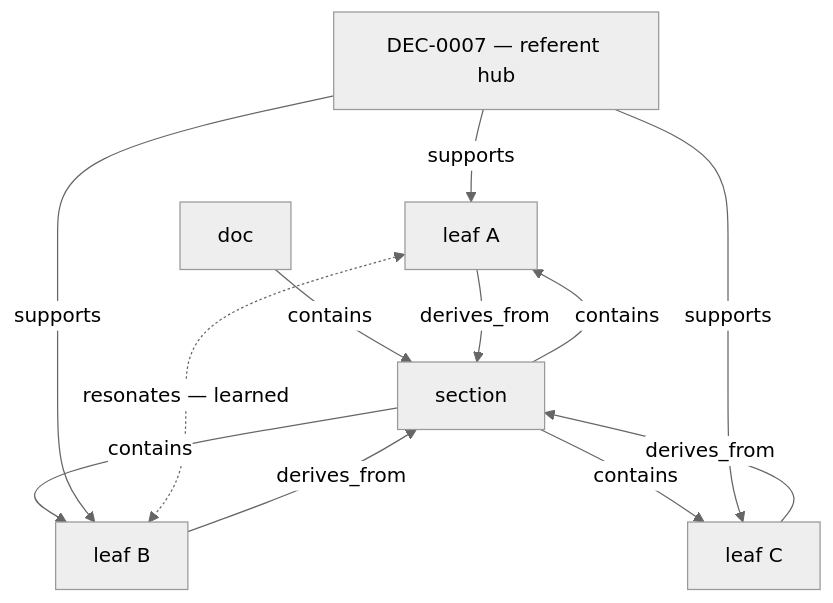
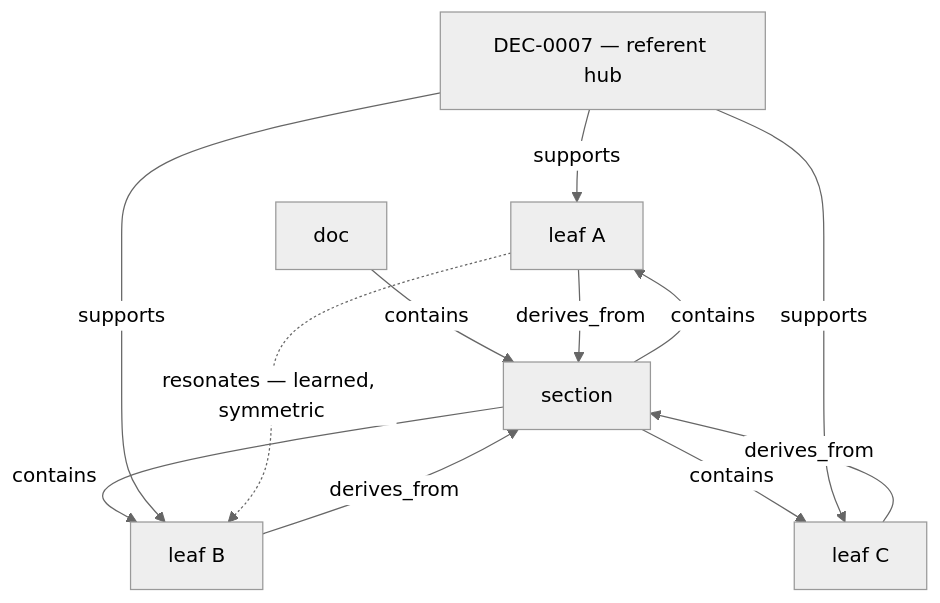
Before and after one commit to linqFR/ytn: the second of 5 diagrams in packages/osem-rag/docs/HOW-IT-WORKS.md, drawn with Mermaid (neutral theme). The commit also changed other lines of this file and 34 other files, not shown here.

````diff
--- a/packages/osem-rag/docs/HOW-IT-WORKS.md
+++ b/packages/osem-rag/docs/HOW-IT-WORKS.md
@@ -97,15 +83,21 @@
 ```mermaid
 flowchart TD
     HUB["DEC-0007 — referent hub"]
     DOC["doc"]
     SEC["section"]
     L1["leaf A"]
     L2["leaf B"]
     L3["leaf C"]
 
     DOC -->|contains| SEC
-    SEC -->|contains| L1 & L2 & L3
-    L1 & L2 & L3 -->|derives_from| SEC
-    HUB -->|supports| L1 & L2 & L3
-    L1 <-.->|resonates — learned| L2
+    SEC -->|contains| L1
+    SEC -->|contains| L2
+    SEC -->|contains| L3
+    L1 -->|derives_from| SEC
+    L2 -->|derives_from| SEC
+    L3 -->|derives_from| SEC
+    HUB -->|supports| L1
+    HUB -->|supports| L2
+    HUB -->|supports| L3
+    L1 -.->|resonates — learned, symmetric| L2
 ```
````
